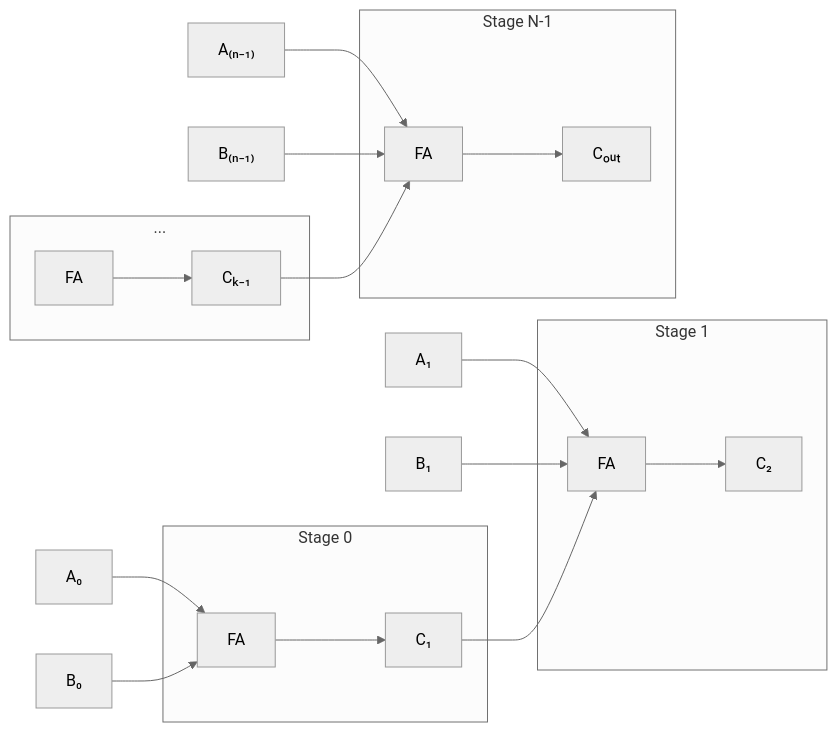
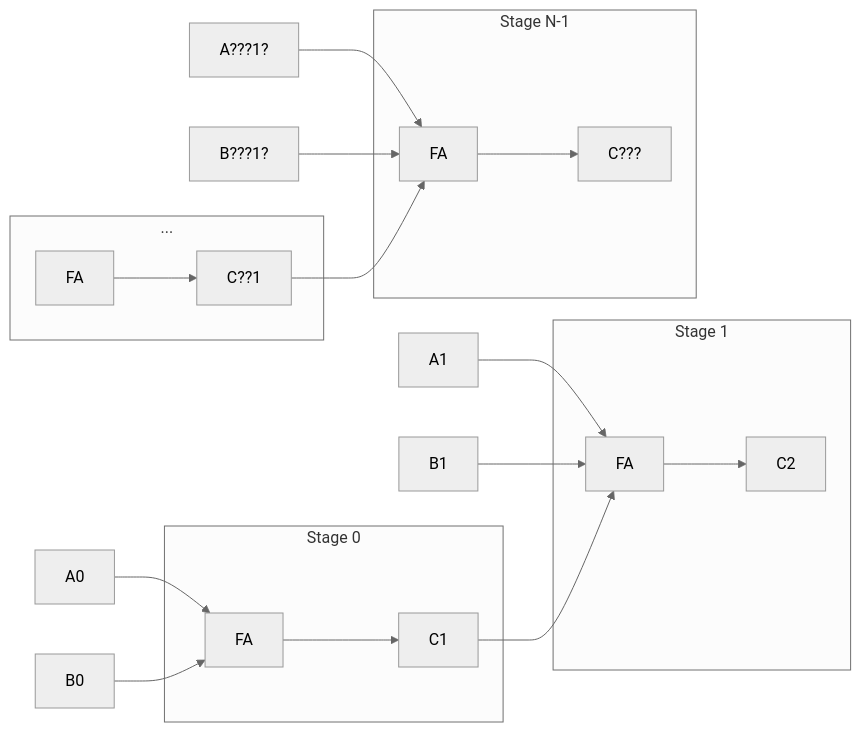
One commit to Raushan666java/ai-engineering-journey changed the fourth of 9 diagrams in docs/courses/digital-logic/05-combinational-circuits.md. Above: the diagram before and after it, drawn with Mermaid (neutral theme). The commit also changed other lines of this file and 790 other files, not shown here.

Commit message:
Sync all course diagram renders and content updates

````diff
--- a/docs/courses/digital-logic/05-combinational-circuits.md
+++ b/docs/courses/digital-logic/05-combinational-circuits.md
@@ -134,23 +134,23 @@
 ```mermaid
 graph LR
     subgraph Stage 0
-        FA0[FA] --> C1[C₁]
+        FA0[FA] --> C1[C1]
     end
     subgraph Stage 1
-        FA1[FA] --> C2[C₂]
+        FA1[FA] --> C2[C2]
     end
     subgraph "..."
-        FAi[FA] --> Ck[Cₖ₋₁]
+        FAi[FA] --> Ck[C??1]
     end
     subgraph Stage N-1
-        FAf[FA] --> Cout[Cₒᵤₜ]
+        FAf[FA] --> Cout[C???]
     end
-    A0[A₀] --> FA0
-    B0[B₀] --> FA0
-    A1[A₁] --> FA1
-    B1[B₁] --> FA1
-    An[A₍ₙ₋₁₎] --> FAf
-    Bn[B₍ₙ₋₁₎] --> FAf
+    A0[A0] --> FA0
+    B0[B0] --> FA0
+    A1[A1] --> FA1
+    B1[B1] --> FA1
+    An[A???1?] --> FAf
+    Bn[B???1?] --> FAf
     C1 --> FA1
     Ck --> FAf
 ```
````
